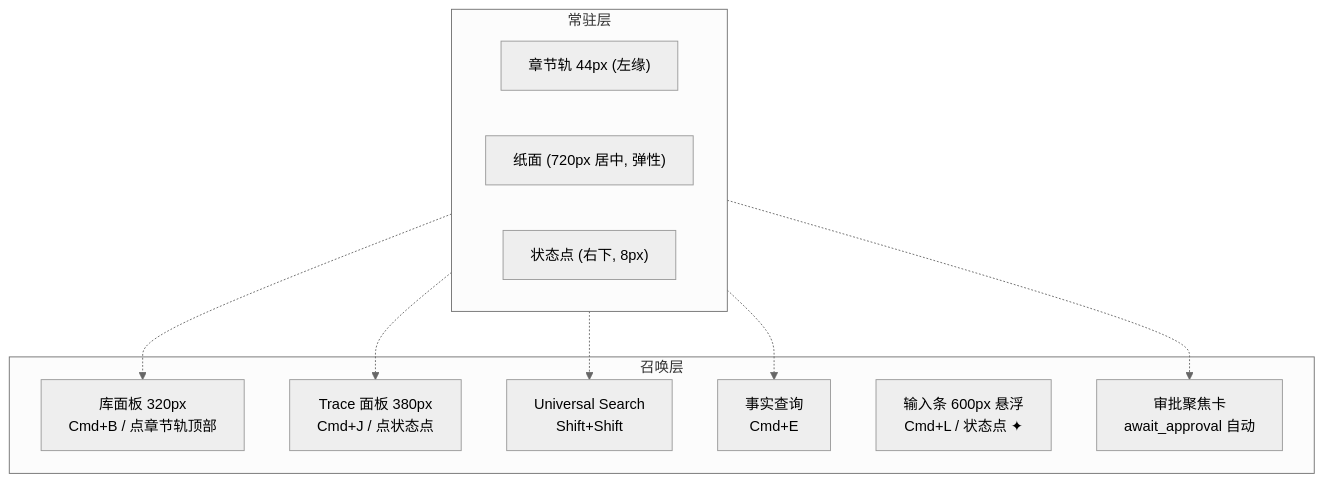
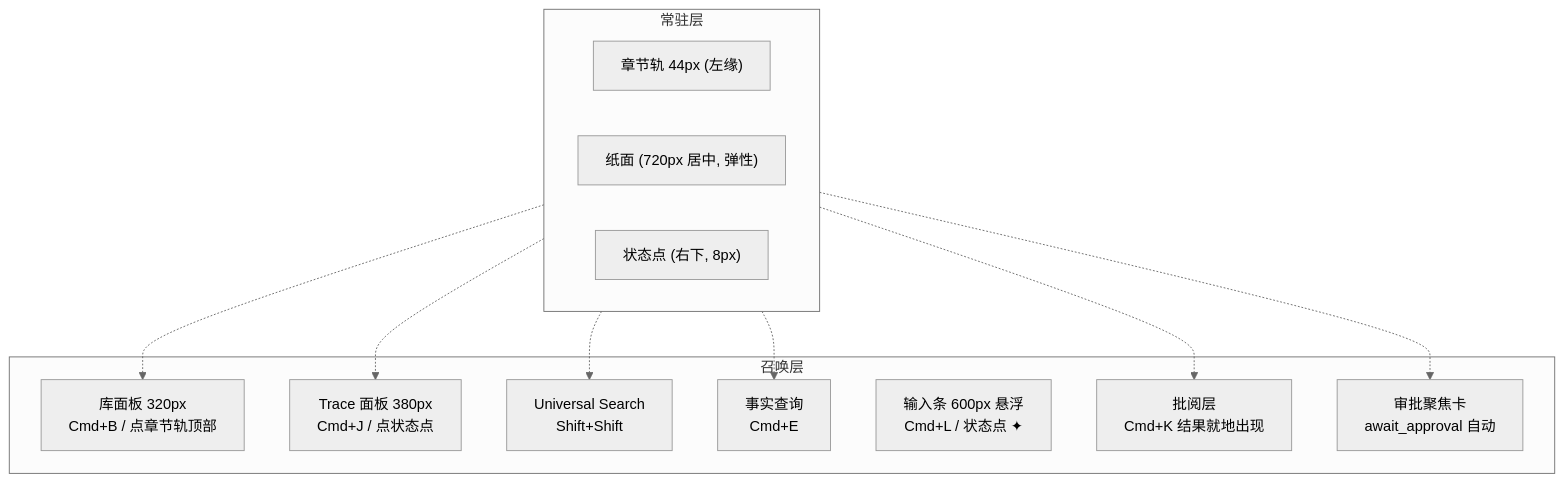
The diagram in design/01-main-layout.md (jinhuang712/open-novel), drawn with Mermaid (neutral theme) before and after one commit. The commit also changed other lines of this file and 13 other files, not shown here.

````diff
--- a/design/01-main-layout.md
+++ b/design/01-main-layout.md
@@ -9,22 +9,24 @@
 ```mermaid
 flowchart TB
   subgraph ALWAYS["常驻层"]
     direction LR
     RAIL["章节轨 44px (左缘)"]
     ED["纸面 (720px 居中, 弹性)"]
     DOT["状态点 (右下, 8px)"]
   end
   subgraph SUMMON["召唤层"]
     LIB["库面板 320px<br/>Cmd+B / 点章节轨顶部"]
     TRC["Trace 面板 380px<br/>Cmd+J / 点状态点"]
     US["Universal Search<br/>Shift+Shift"]
     QRY["事实查询<br/>Cmd+E"]
     CMP["输入条 600px 悬浮<br/>Cmd+L / 状态点 ✦"]
+    REV["批阅层<br/>Cmd+K 结果就地出现"]
     APP["审批聚焦卡<br/>await_approval 自动"]
   end
   RAIL -.-> LIB
   DOT -.-> TRC
   DOT -.-> APP
   ED -.-> US
   ED -.-> QRY
+  ED -.-> REV
 ```
````
